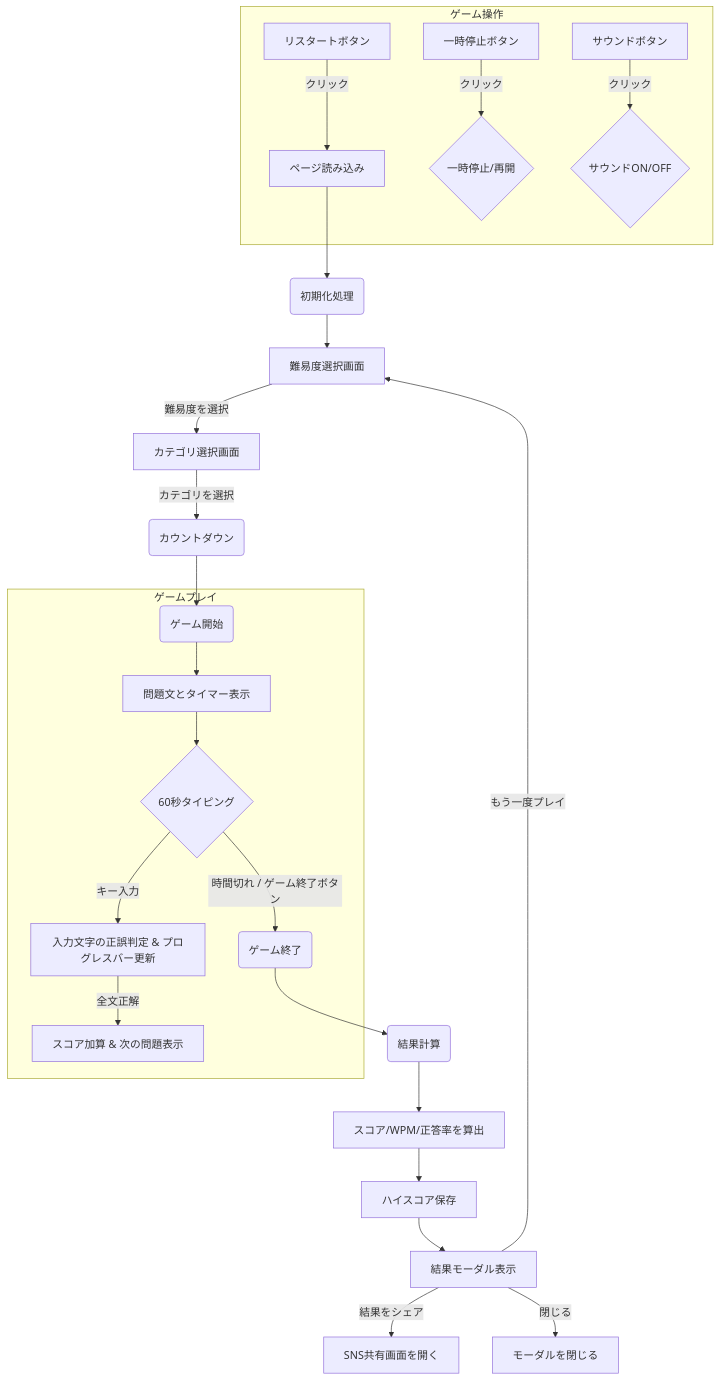
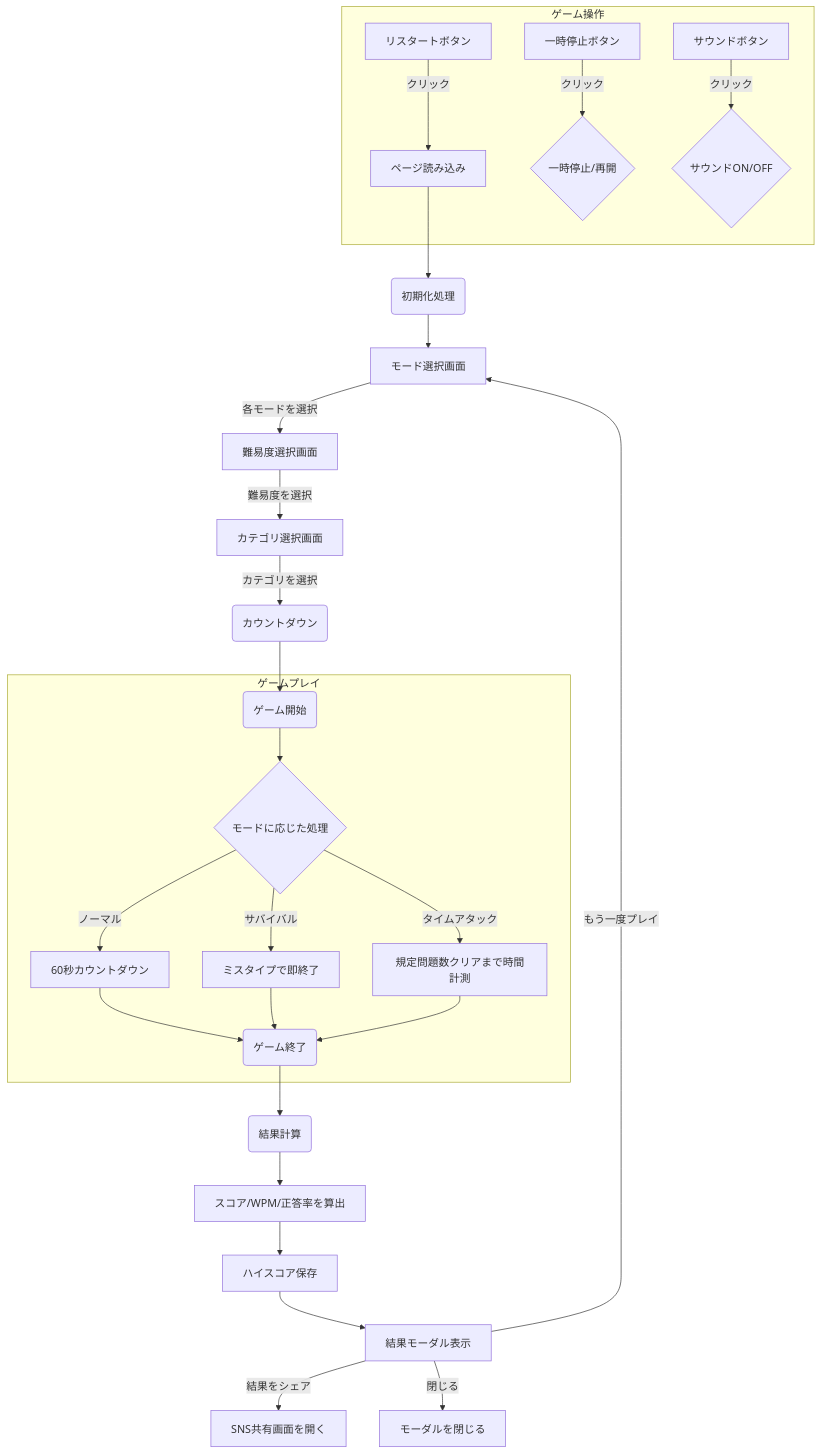
One commit to ymkge/typing-game changed the diagram in README.md. Above: the diagram before and after it, drawn with Mermaid. The commit also changed other lines of this file, not shown here.

````diff
--- a/README.md
+++ b/README.md
@@ -50,30 +53,31 @@
 ```mermaid
 graph TD
     A[ページ読み込み] --> B(初期化処理);
-    B --> C[難易度選択画面];
+    B --> B1[モード選択画面];
+    B1 -- 各モードを選択 --> C[難易度選択画面];
     C -- 難易度を選択 --> D[カテゴリ選択画面];
     D -- カテゴリを選択 --> E(カウントダウン);
     E --> F(ゲーム開始);
 
     subgraph ゲームプレイ
-        F --> G[問題文とタイマー表示];
-        G --> H{60秒タイピング};
-        H -- キー入力 --> I[入力文字の正誤判定 & プログレスバー更新];
-        I -- 全文正解 --> J[スコア加算 & 次の問題表示];
-        H -- 時間切れ / ゲーム終了ボタン --> K(ゲーム終了);
+        F --> G{モードに応じた処理};
+        G -- ノーマル --> H1[60秒カウントダウン];
+        G -- サバイバル --> H2[ミスタイプで即終了];
+        G -- タイムアタック --> H3[規定問題数クリアまで時間計測];
+        H1 & H2 & H3 --> K(ゲーム終了);
     end
 
     subgraph ゲーム操作
         L[一時停止ボタン] -- クリック --> M{一時停止/再開};
         N[リスタートボタン] -- クリック --> A;
         O[サウンドボタン] -- クリック --> P{サウンドON/OFF};
     end
 
     K --> Q(結果計算);
     Q --> R[スコア/WPM/正答率を算出];
     R --> S[ハイスコア保存];
     S --> T[結果モーダル表示];
-    T -- もう一度プレイ --> C;
+    T -- もう一度プレイ --> B1;
     T -- 結果をシェア --> U[SNS共有画面を開く];
     T -- 閉じる --> V[モーダルを閉じる];
 ```
````
